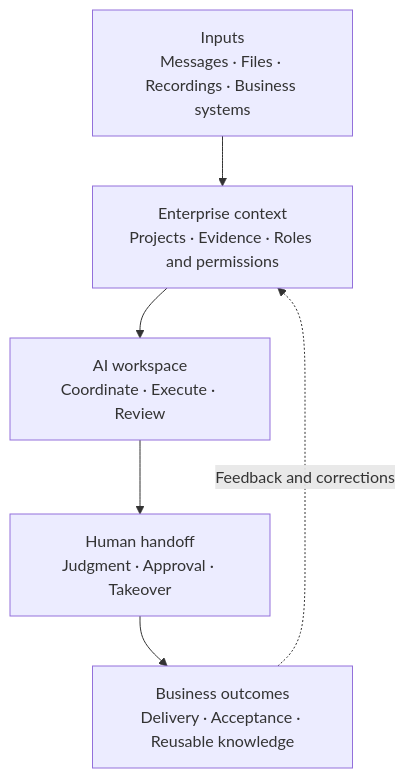
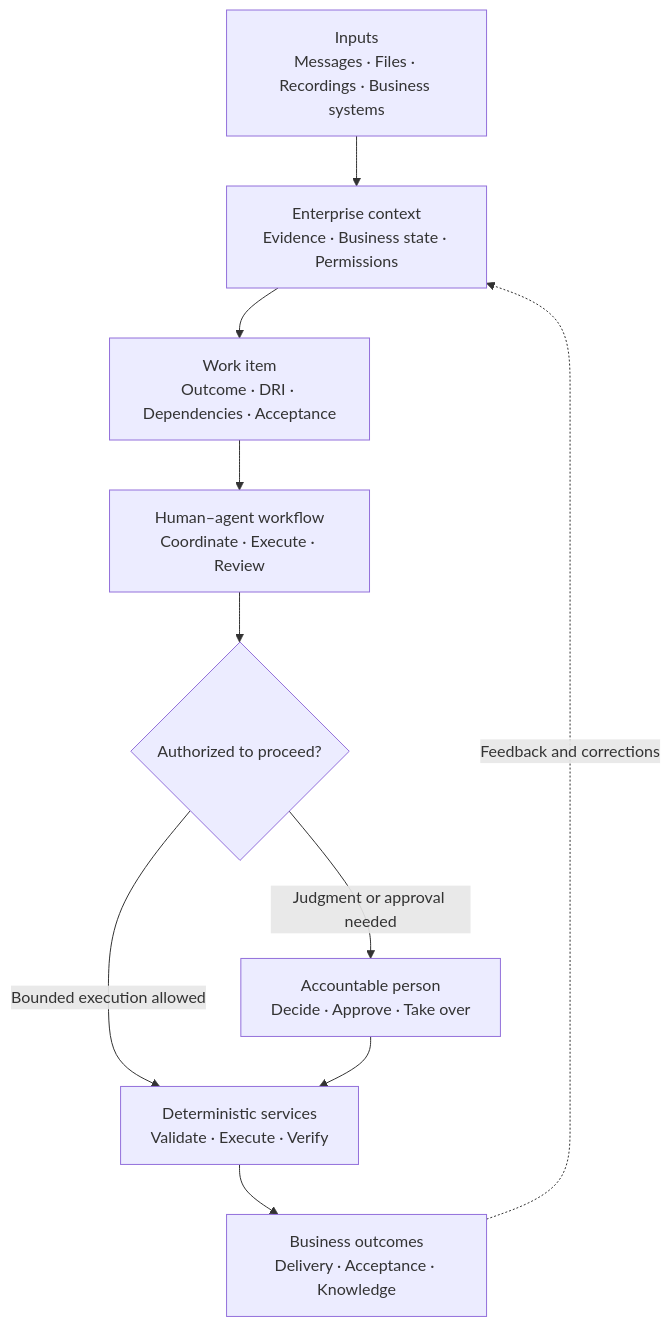
Before and after one commit to Gdnbit/enterprise-ai-native: the diagram in README.en.md, drawn with Mermaid. The commit also changed other lines of this file and 7 other files, not shown here.

Commit message:
docs: establish task-centered human-agent organization as ANC long-term goal

````diff
--- a/README.en.md
+++ b/README.en.md
@@ -30,8 +32,12 @@
 ```mermaid
 flowchart TD
-    sources["Inputs<br/>Messages · Files · Recordings · Business systems"] --> context["Enterprise context<br/>Projects · Evidence · Roles and permissions"]
-    context --> workspace["AI workspace<br/>Coordinate · Execute · Review"]
-    workspace --> human["Human handoff<br/>Judgment · Approval · Takeover"]
-    human --> results["Business outcomes<br/>Delivery · Acceptance · Reusable knowledge"]
+    sources["Inputs<br/>Messages · Files · Recordings · Business systems"] --> context["Enterprise context<br/>Evidence · Business state · Permissions"]
+    context --> task["Work item<br/>Outcome · DRI · Dependencies · Acceptance"]
+    task --> workspace["Human–agent workflow<br/>Coordinate · Execute · Review"]
+    workspace --> gate{"Authorized to proceed?"}
+    gate -->|"Judgment or approval needed"| human["Accountable person<br/>Decide · Approve · Take over"]
+    gate -->|"Bounded execution allowed"| verify["Deterministic services<br/>Validate · Execute · Verify"]
+    human --> verify
+    verify --> results["Business outcomes<br/>Delivery · Acceptance · Knowledge"]
     results -. "Feedback and corrections" .-> context
 ```
````
